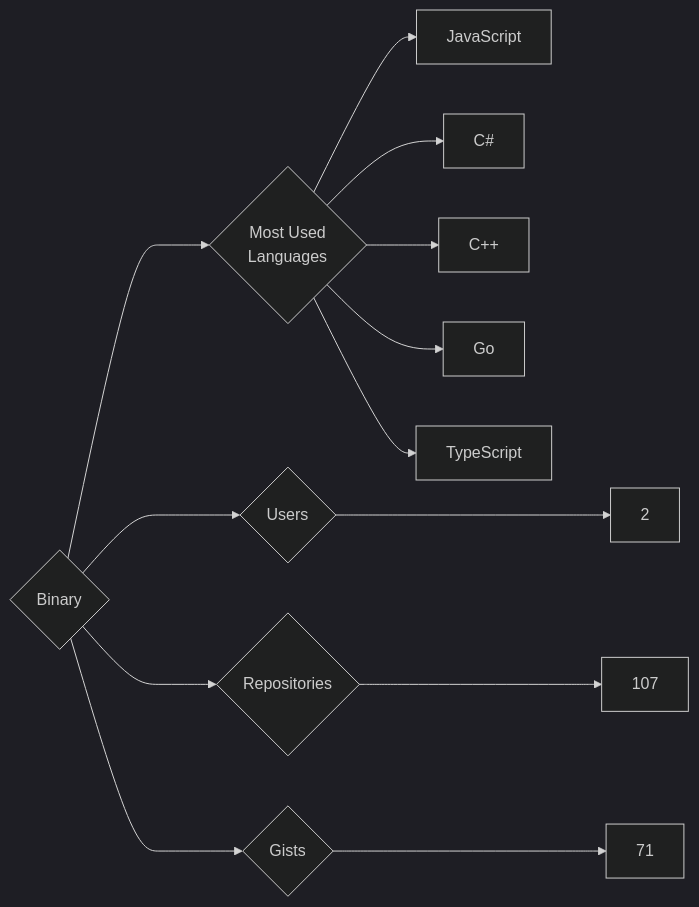
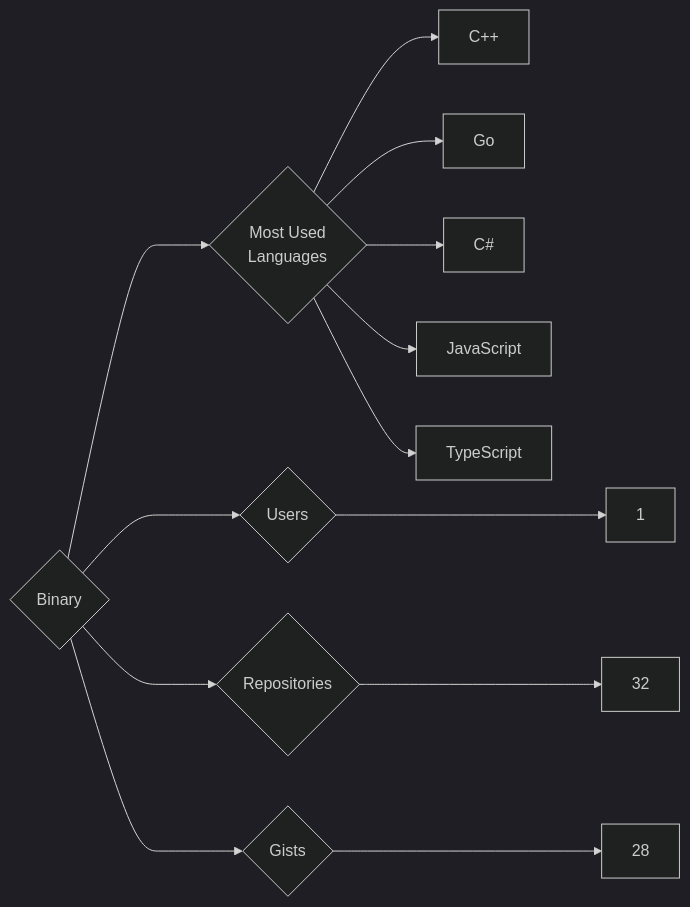
One commit to trickest/insiders changed the diagram in targets/Binary/README.md. Above: the diagram before and after it, drawn with Mermaid (dark theme). The commit also changed 882 other files, not shown here.

````diff
--- a/targets/Binary/README.md
+++ b/targets/Binary/README.md
@@ -3,13 +3,13 @@
 ```mermaid
 graph LR
 COMPANY_NAME{Binary}
-COMPANY_NAME ---> U{Users} ---> UN[2]
-COMPANY_NAME ---> R{Repositories} ---> RN[107]
-COMPANY_NAME ---> G{Gists} ---> GN[71]
+COMPANY_NAME ---> U{Users} ---> UN[1]
+COMPANY_NAME ---> R{Repositories} ---> RN[32]
+COMPANY_NAME ---> G{Gists} ---> GN[28]
 COMPANY_NAME ---> ML{Most Used<br>Languages}
-ML --> JavaScript[JavaScript]
-ML --> C#[C#]
 ML --> C++[C++]
 ML --> Go[Go]
+ML --> C#[C#]
+ML --> JavaScript[JavaScript]
 ML --> TypeScript[TypeScript]
 ```
````
